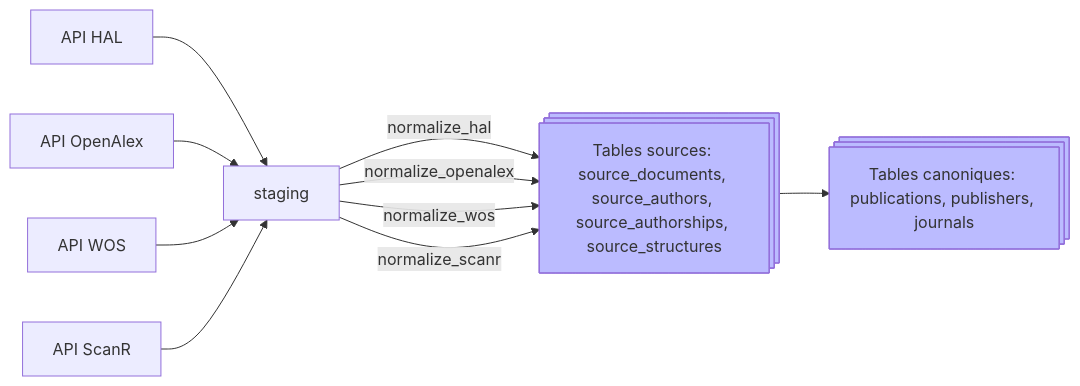
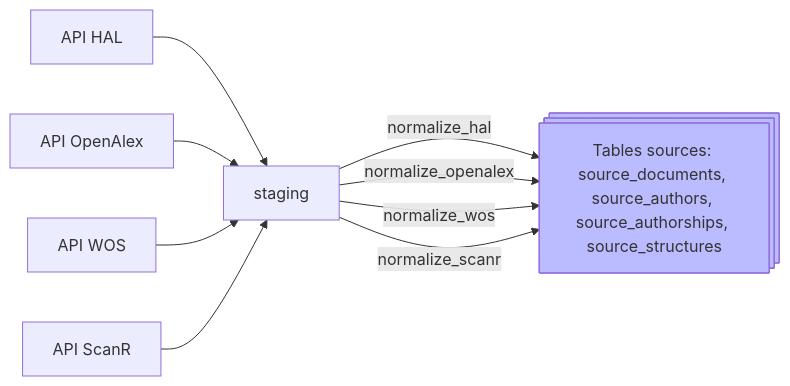
Before and after one commit to Y33sha/bibliometrie-uca: the second of 9 diagrams in docs/pipeline.md, drawn with Mermaid. The commit also changed other lines of this file and 2 other files, not shown here.

````diff
--- a/docs/pipeline.md
+++ b/docs/pipeline.md
@@ -97,12 +97,10 @@
 ```mermaid
 flowchart LR
     A[API HAL]-->B[staging]-->|normalize_hal|G@{ shape: processes, label: "Tables sources: 
     source_documents, source_authors, source_authorships, source_structures" }
     C[API OpenAlex]-->B-->|normalize_openalex|G
     E[API WOS]-->B-->|normalize_wos|G
     K[API ScanR]-->B-->|normalize_scanr|G
-    G-->J@{ shape: processes, label: "Tables canoniques: 
-    publications, publishers, journals" }
     classDef new  fill:#bbf
-    class G,J new;
+    class G new;
 ```
````
